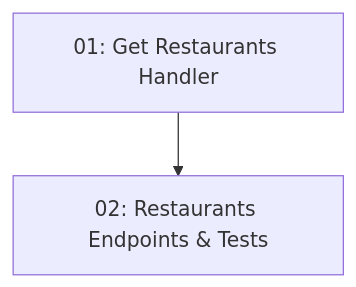
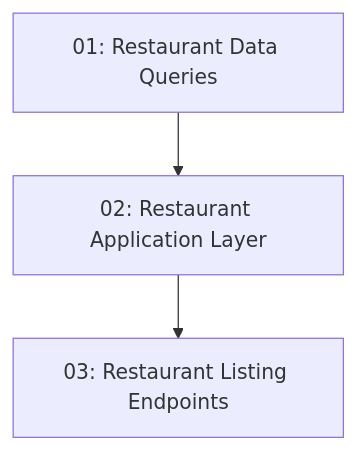
One commit to limitzero/tablenow changed the diagram in .docs/features/story-010-restaurant-listing-backend/README.md. Above: the diagram before and after it, drawn with Mermaid. The commit also changed other lines of this file and 184 other files, not shown here.

````diff
--- a/.docs/features/story-010-restaurant-listing-backend/README.md
+++ b/.docs/features/story-010-restaurant-listing-backend/README.md
@@ -14,6 +14,8 @@
 ```mermaid
 graph TD
-    task-01["01: Get Restaurants Handler"]
-    task-02["02: Restaurants Endpoints & Tests"]
-    task-01 --> task-02
+    task-01-restaurant-data-queries["01: Restaurant Data Queries"]
+    task-02-restaurant-application["02: Restaurant Application Layer"]
+    task-03-restaurant-listing-endpoint["03: Restaurant Listing Endpoints"]
+    task-01-restaurant-data-queries --> task-02-restaurant-application
+    task-02-restaurant-application --> task-03-restaurant-listing-endpoint
 ```
````
